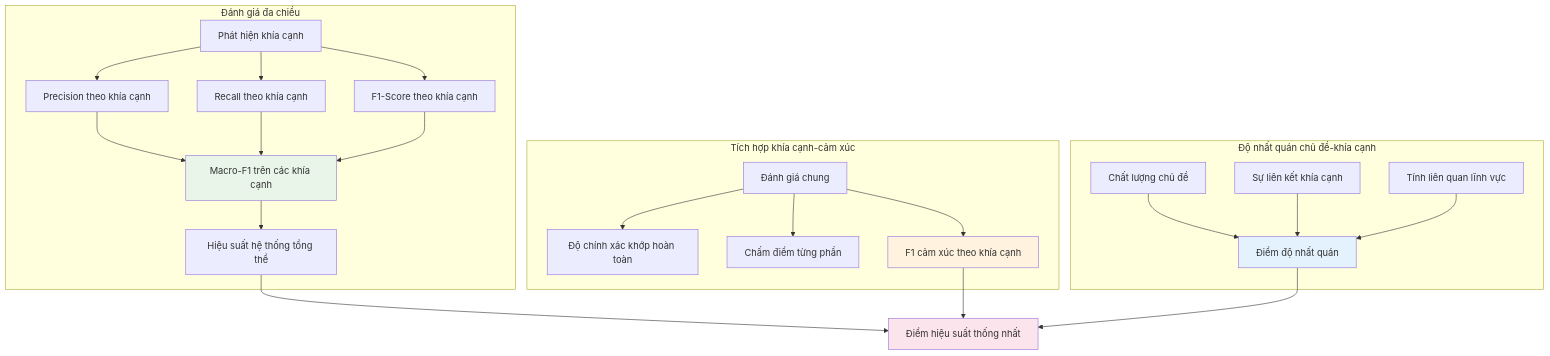
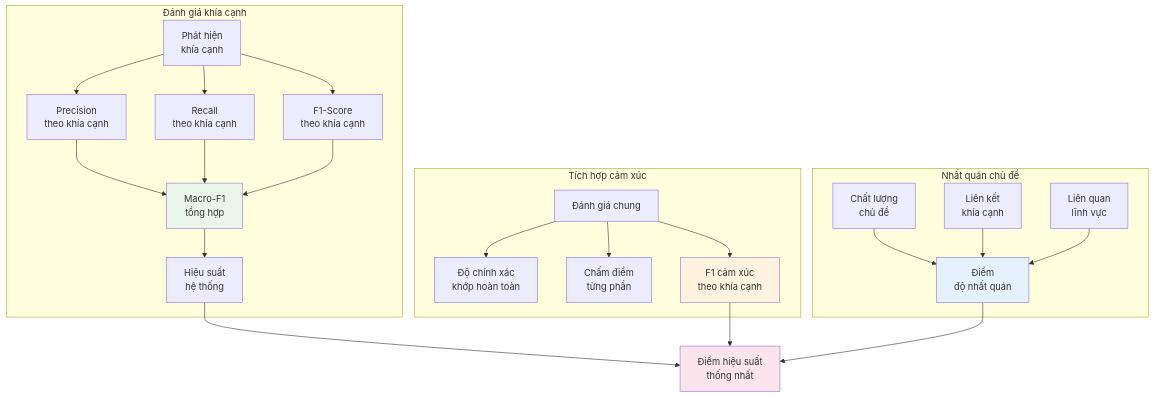
One commit to UIT-June-2025-Nhom-8/Project_AI_Thinking changed the fourth of 10 diagrams in docs/Phan_Tich_Tong_Quat/PhanTichBaiToan_AIThinking_ChuanHoa.MD. Above: the diagram before and after it, drawn with Mermaid. The commit also changed other lines of this file and 1 other file, not shown here.

Commit message:
update chart

````diff
--- a/docs/Phan_Tich_Tong_Quat/PhanTichBaiToan_AIThinking_ChuanHoa.MD
+++ b/docs/Phan_Tich_Tong_Quat/PhanTichBaiToan_AIThinking_ChuanHoa.MD
@@ -184,35 +189,35 @@
 ```mermaid
 graph TD
-    subgraph "Đánh giá đa chiều"
-        A[Phát hiện khía cạnh] --> B[Precision theo khía cạnh]
-        A --> C[Recall theo khía cạnh]
-        A --> D[F1-Score theo khía cạnh]
+    subgraph "Đánh giá khía cạnh"
+        A[Phát hiện<br/>khía cạnh] --> B[Precision<br/>theo khía cạnh]
+        A --> C[Recall<br/>theo khía cạnh]
+        A --> D[F1-Score<br/>theo khía cạnh]
         
-        B --> E[Macro-F1 trên các khía cạnh]
+        B --> E[Macro-F1<br/>tổng hợp]
         C --> E
         D --> E
         
-        E --> F[Hiệu suất hệ thống tổng thể]
+        E --> F[Hiệu suất<br/>hệ thống]
     end
     
-    subgraph "Tích hợp khía cạnh-cảm xúc"
-        G[Đánh giá chung] --> H[Độ chính xác khớp hoàn toàn]
-        G --> I[Chấm điểm từng phần]
-        G --> J[F1 cảm xúc theo khía cạnh]
+    subgraph "Tích hợp cảm xúc"
+        G[Đánh giá chung] --> H[Độ chính xác<br/>khớp hoàn toàn]
+        G --> I[Chấm điểm<br/>từng phần]
+        G --> J[F1 cảm xúc<br/>theo khía cạnh]
     end
     
-    subgraph "Độ nhất quán chủ đề-khía cạnh"
-        K[Chất lượng chủ đề] --> N[Điểm độ nhất quán]
-        L[Sự liên kết khía cạnh] --> N
-        M[Tính liên quan lĩnh vực] --> N
+    subgraph "Nhất quán chủ đề"
+        K[Chất lượng<br/>chủ đề] --> N[Điểm<br/>độ nhất quán]
+        L[Liên kết<br/>khía cạnh] --> N
+        M[Liên quan<br/>lĩnh vực] --> N
     end
     
-    F --> O[Điểm hiệu suất thống nhất]
+    F --> O[Điểm hiệu suất<br/>thống nhất]
     J --> O
     N --> O
     
     style E fill:#e8f5e8
     style J fill:#fff3e0
     style N fill:#e3f2fd
     style O fill:#fce4ec
 ```
````
